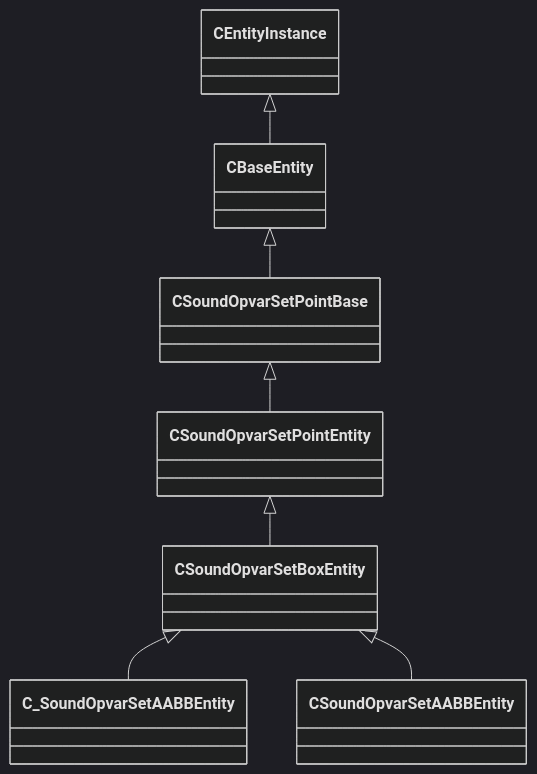
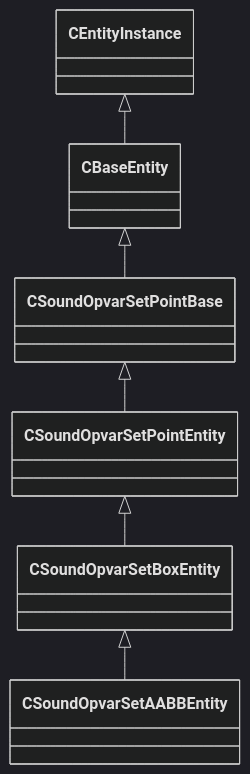
The diagram in docs/generated/schemas/server/CSoundOpvarSetBoxEntity.md (CS2OpenDev/CS2OpenDev-Docs), drawn with Mermaid (dark theme) before and after one commit. The commit also changed other lines of this file and 4525 other files, not shown here.

````diff
--- a/docs/generated/schemas/server/CSoundOpvarSetBoxEntity.md
+++ b/docs/generated/schemas/server/CSoundOpvarSetBoxEntity.md
@@ -19,9 +23,8 @@
 ```mermaid
 classDiagram
     CSoundOpvarSetPointEntity <|-- CSoundOpvarSetBoxEntity
     CSoundOpvarSetPointBase <|-- CSoundOpvarSetPointEntity
     CBaseEntity <|-- CSoundOpvarSetPointBase
     CEntityInstance <|-- CBaseEntity
-    CSoundOpvarSetBoxEntity <|-- C_SoundOpvarSetAABBEntity
     CSoundOpvarSetBoxEntity <|-- CSoundOpvarSetAABBEntity
 ```
````
